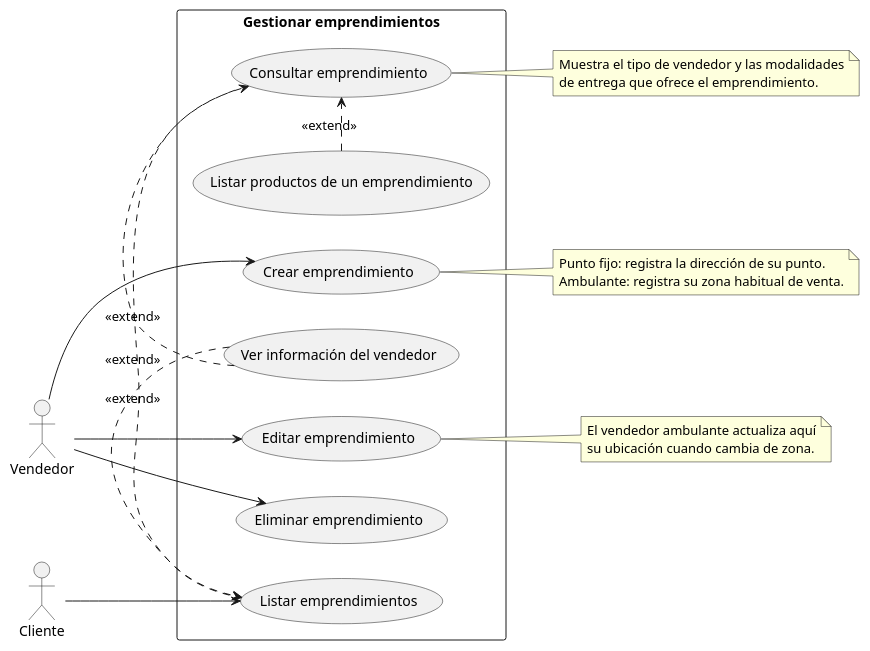
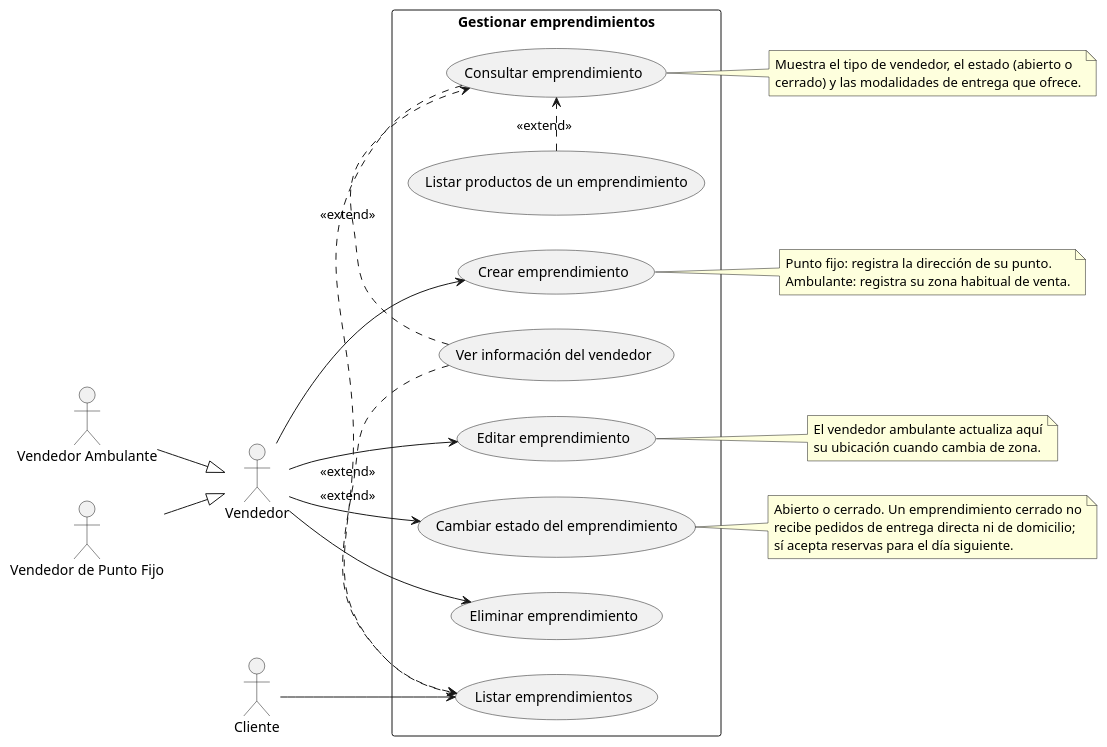
One commit to RAAR-18/napa changed the diagram in casos de uso/gestionar_emprendimientos.puml. Above: the diagram before and after it, drawn with PlantUML. The commit also changed 123 other files, not shown here.

First line of the commit message:
docs: métodos de pago por modalidad, estado del emprendimiento y reglas de datos

```diff
--- a/casos de uso/gestionar_emprendimientos.puml
+++ b/casos de uso/gestionar_emprendimientos.puml
@@ -1,44 +1,57 @@
 @startuml
 
 left to right direction
 
 actor "Vendedor" as v
+actor "Vendedor Ambulante" as va
+actor "Vendedor de Punto Fijo" as vpf
 actor "Cliente" as c
+
+va --|> v
+vpf --|> v
 
 rectangle "Gestionar emprendimientos" {
     usecase "Crear emprendimiento" as UC1
     usecase "Editar emprendimiento" as UC2
-    usecase "Eliminar emprendimiento" as UC3
-    usecase "Listar emprendimientos" as UC4
-    usecase "Consultar emprendimiento" as UC5
-    usecase "Listar productos de un emprendimiento" as UC6
-    usecase "Ver información del vendedor" as UC7
+    usecase "Cambiar estado del emprendimiento" as UC3
+    usecase "Eliminar emprendimiento" as UC4
+    usecase "Listar emprendimientos" as UC5
+    usecase "Consultar emprendimiento" as UC6
+    usecase "Listar productos de un emprendimiento" as UC7
+    usecase "Ver información del vendedor" as UC8
 }
 
 v --> UC1
 v --> UC2
 v --> UC3
+v --> UC4
 
-c --> UC4
+c --> UC5
 
-UC5 .> UC4 : <<extend>>
 UC6 .> UC5 : <<extend>>
-UC7 .> UC4 : <<extend>>
-UC7 .> UC5 : <<extend>>
+UC7 .> UC6 : <<extend>>
+UC8 .> UC5 : <<extend>>
+UC8 .> UC6 : <<extend>>
 
 note right of UC1
   Punto fijo: registra la dirección de su punto.
   Ambulante: registra su zona habitual de venta.
 end note
 
 note right of UC2
   El vendedor ambulante actualiza aquí
   su ubicación cuando cambia de zona.
 end note
 
-note right of UC5
-  Muestra el tipo de vendedor y las modalidades
-  de entrega que ofrece el emprendimiento.
+note right of UC3
+  Abierto o cerrado. Un emprendimiento cerrado no
+  recibe pedidos de entrega directa ni de domicilio;
+  sí acepta reservas para el día siguiente.
+end note
+
+note right of UC6
+  Muestra el tipo de vendedor, el estado (abierto o
+  cerrado) y las modalidades de entrega que ofrece.
 end note
 
 @enduml
```
